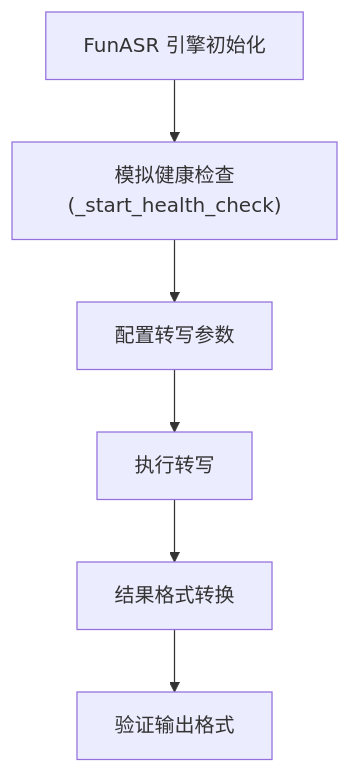
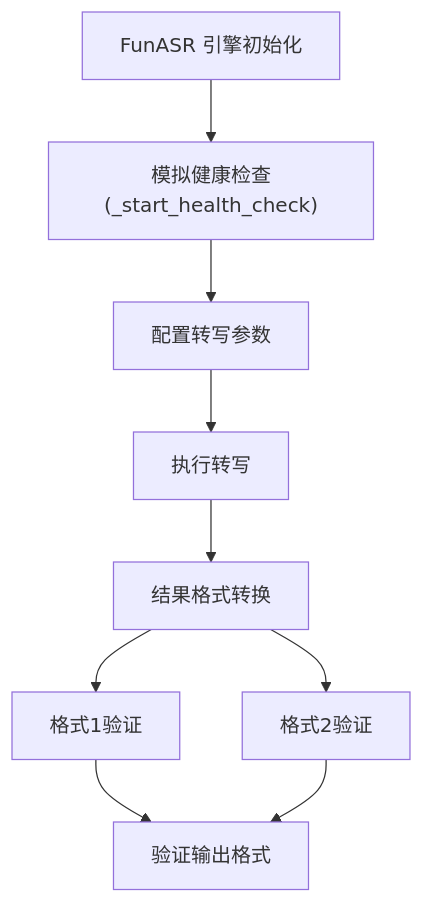
Diagram 14 of 24 in .qoder/repowiki/zh/content/测试与质量保证/测试与质量保证.md (boyingliu01/VideoSplitter), drawn with Mermaid before and after one commit. The commit also changed other lines of this file and 59 other files, not shown here.

````diff
--- a/.qoder/repowiki/zh/content/测试与质量保证/测试与质量保证.md
+++ b/.qoder/repowiki/zh/content/测试与质量保证/测试与质量保证.md
@@ -469,8 +506,11 @@
 ```mermaid
 flowchart TD
 Init["FunASR 引擎初始化"] --> HealthCheck["模拟健康检查(_start_health_check)"]
 HealthCheck --> Config["配置转写参数"]
 Config --> Transcribe["执行转写"]
 Transcribe --> Convert["结果格式转换"]
-Convert --> Validate["验证输出格式"]
+Convert --> Format1["格式1验证"]
+Convert --> Format2["格式2验证"]
+Format1 --> Validate["验证输出格式"]
+Format2 --> Validate
 ```
````
